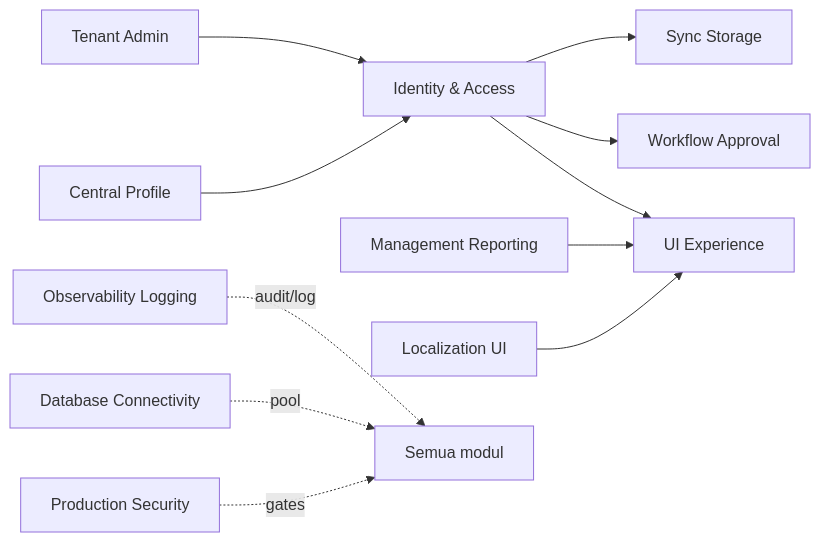
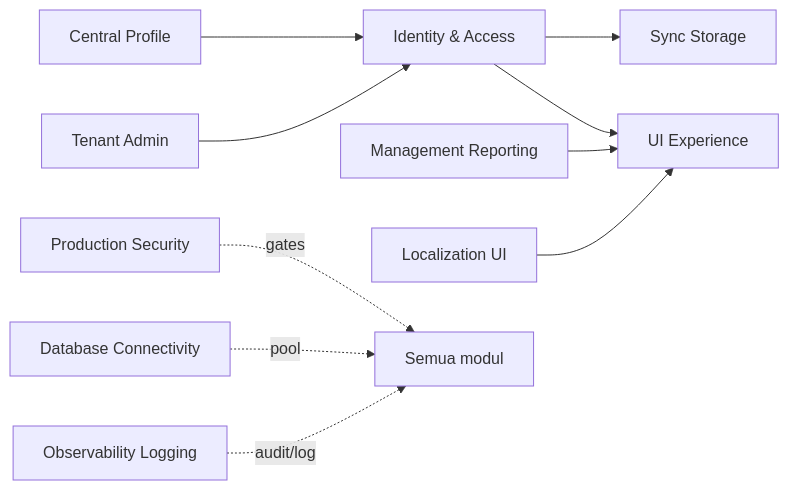
Before and after one commit to ahliweb/awcms-micro: the second of 3 diagrams in docs/awcms-micro/01_canvas_induk.md, drawn with Mermaid. The commit also changed other lines of this file and 45 other files, not shown here.

First line of the commit message:
docs(scope): remove unported ERP modules from active architecture, ERD, SOP, threat-model, and governance docs (#263) (#277)

````diff
--- a/docs/awcms-micro/01_canvas_induk.md
+++ b/docs/awcms-micro/01_canvas_induk.md
@@ -58,13 +58,12 @@
 ```mermaid
 flowchart LR
   TA[Tenant Admin] --> IA[Identity & Access]
   CP[Central Profile] --> IA
-  IA --> WF[Workflow Approval]
   IA --> UI[UI Experience]
   IA --> SYNC[Sync Storage]
   RPT[Management Reporting] --> UI
   L10N[Localization UI] --> UI
   OBS[Observability Logging] -.audit/log.-> ALL[Semua modul]
   DBC[Database Connectivity] -.pool.-> ALL
   SEC[Production Security] -.gates.-> ALL
 ```
````
